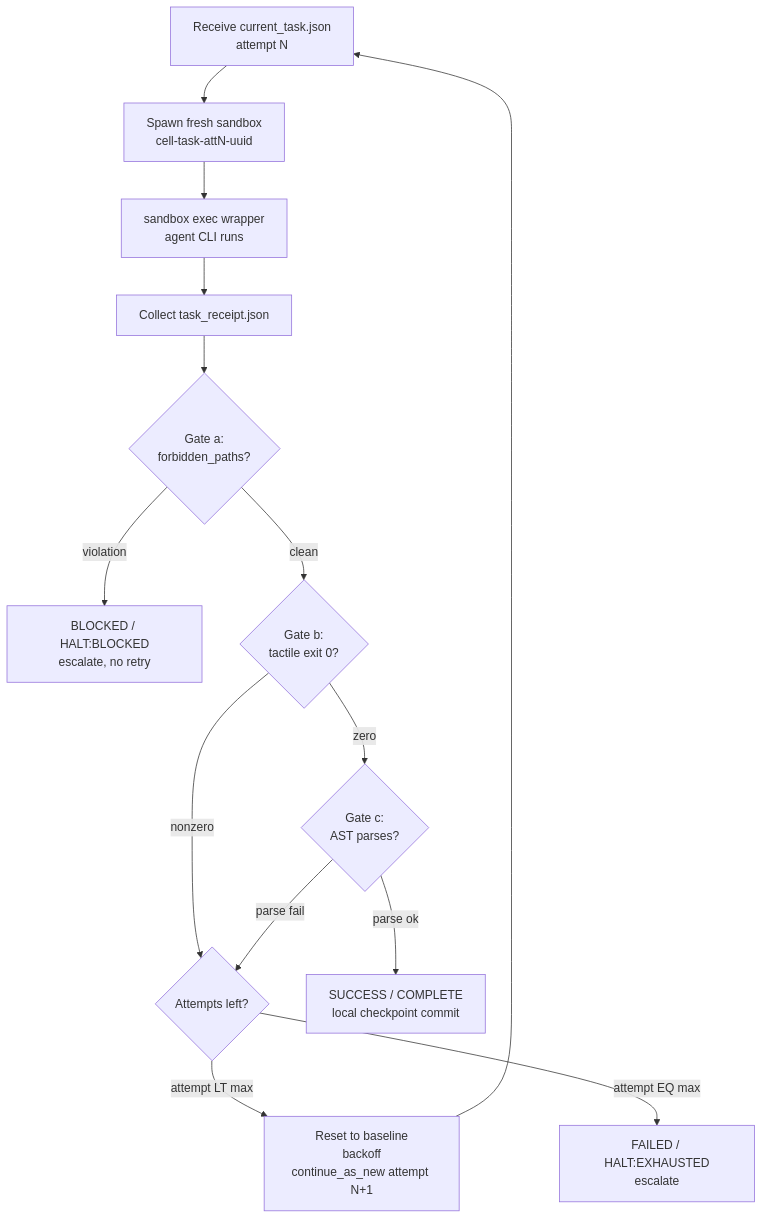
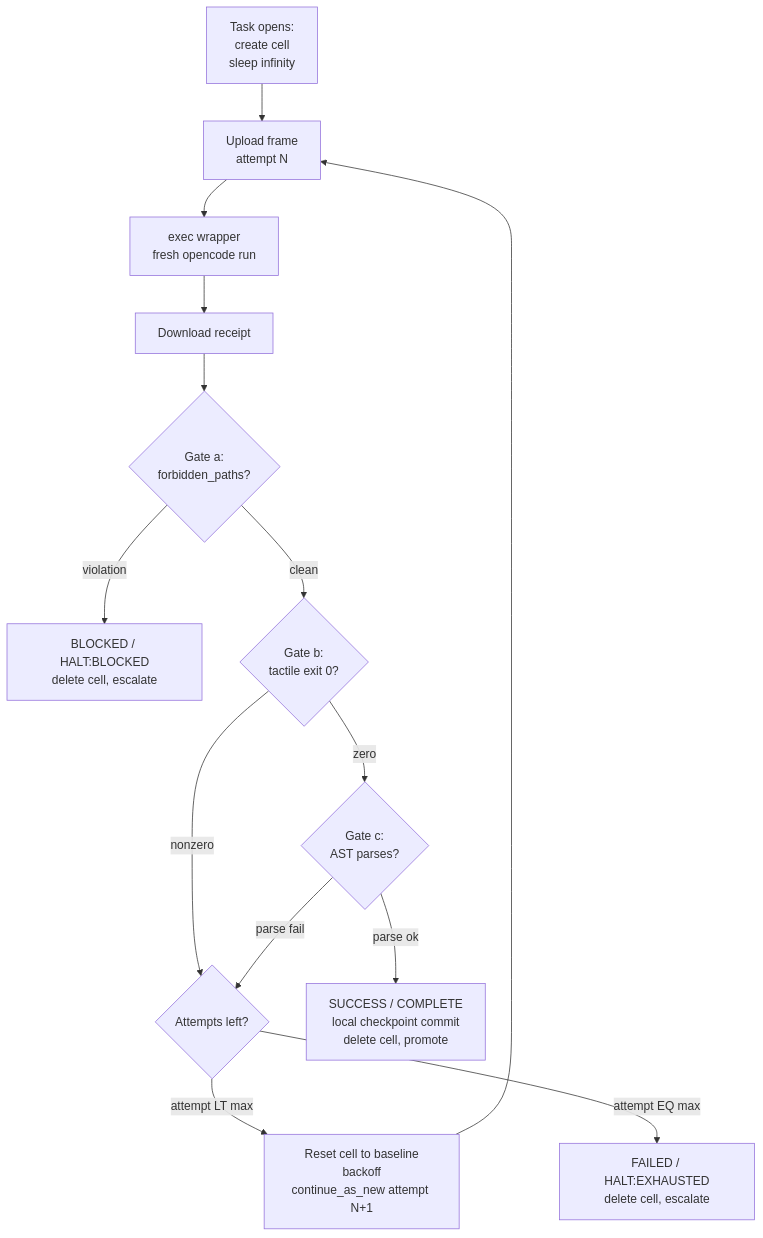
Before and after one commit to johwes/agentic-sdlc: the diagram in specs/03-inner-loop.md, drawn with Mermaid. The commit also changed other lines of this file and 5 other files, not shown here.

First line of the commit message:
feat(specs): per-task cell with exec-per-attempt lifecycle

````diff
--- a/specs/03-inner-loop.md
+++ b/specs/03-inner-loop.md
@@ -32,16 +38,16 @@
 ```mermaid
 flowchart TD
-    A[Receive current_task.json<br/>attempt N] --> B[Spawn fresh sandbox<br/>cell-task-attN-uuid]
-    B --> C[sandbox exec wrapper<br/>agent CLI runs]
-    C --> D[Collect task_receipt.json]
+    S[Task opens:<br/>create cell<br/>sleep infinity] --> A[Upload frame<br/>attempt N]
+    A --> C[exec wrapper<br/>fresh opencode run]
+    C --> D[Download receipt]
     D --> E{Gate a:<br/>forbidden_paths?}
-    E -->|violation| Z1[BLOCKED / HALT:BLOCKED<br/>escalate, no retry]
+    E -->|violation| Z1[BLOCKED / HALT:BLOCKED<br/>delete cell, escalate]
     E -->|clean| F{Gate b:<br/>tactile exit 0?}
     F -->|nonzero| G{Attempts left?}
     F -->|zero| H{Gate c:<br/>AST parses?}
     H -->|parse fail| G
-    H -->|parse ok| Z2[SUCCESS / COMPLETE<br/>local checkpoint commit]
-    G -->|attempt LT max| R[Reset to baseline<br/>backoff<br/>continue_as_new attempt N+1]
-    G -->|attempt EQ max| Z3[FAILED / HALT:EXHAUSTED<br/>escalate]
+    H -->|parse ok| Z2[SUCCESS / COMPLETE<br/>local checkpoint commit<br/>delete cell, promote]
+    G -->|attempt LT max| R[Reset cell to baseline<br/>backoff<br/>continue_as_new attempt N+1]
+    G -->|attempt EQ max| Z3[FAILED / HALT:EXHAUSTED<br/>delete cell, escalate]
     R --> A
 ```
````
